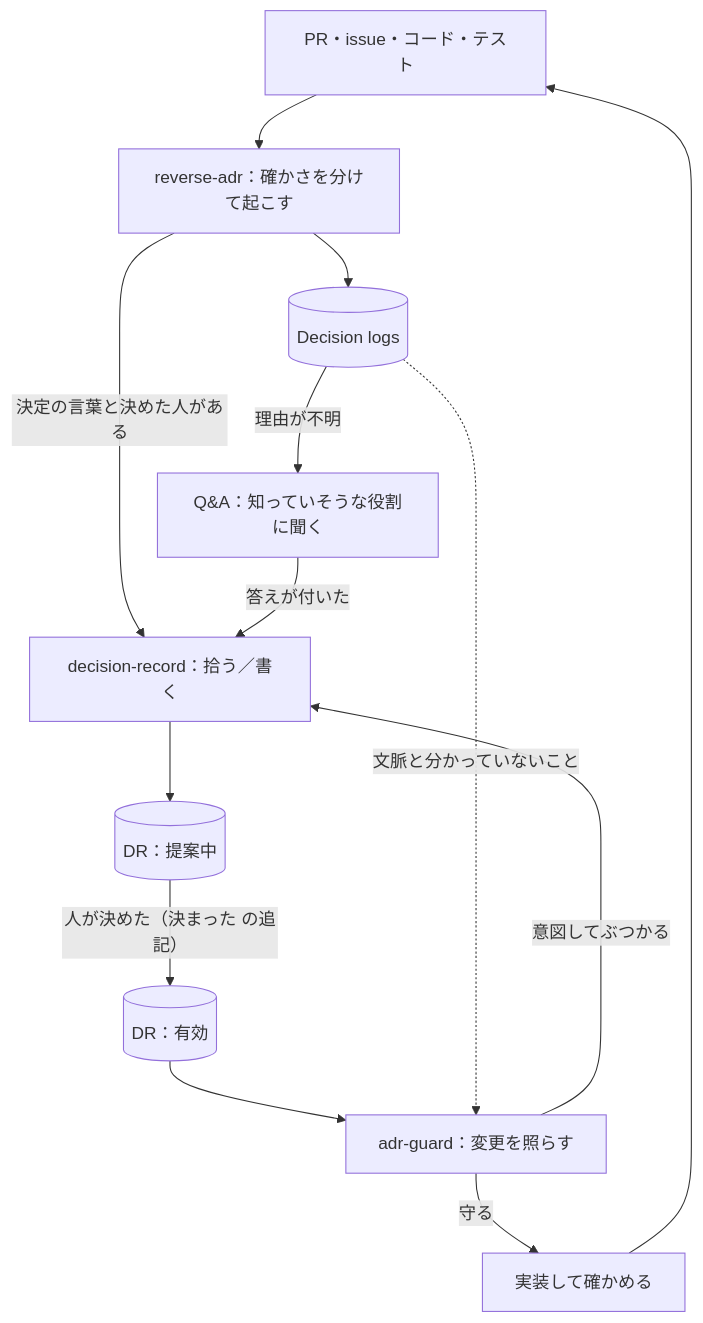
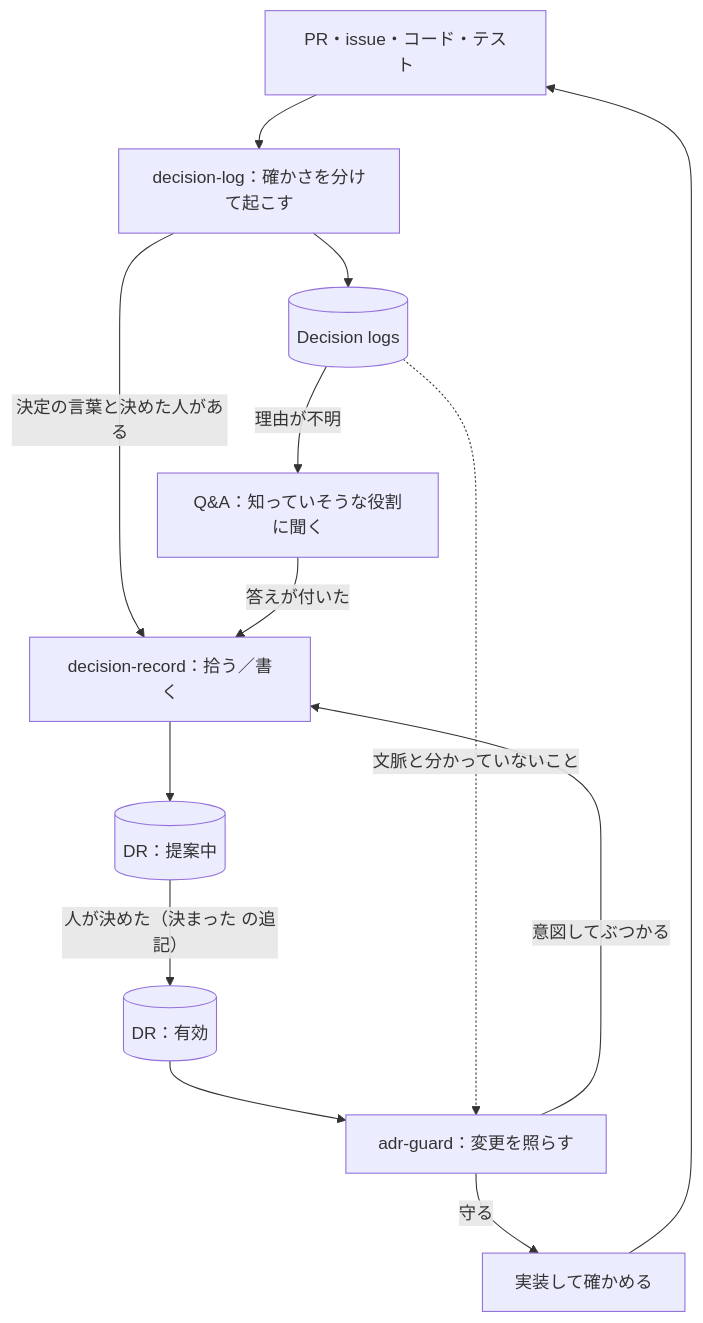
The diagram in adr/guide.md (MichinaoShimizu/decision-continuity), drawn with Mermaid before and after one commit. The commit also changed other lines of this file and 11 other files, not shown here.

First line of the commit message:
Rename reverse-adr to decision-log (#25)

````diff
--- a/adr/guide.md
+++ b/adr/guide.md
@@ -19,15 +19,15 @@
 ```mermaid
 flowchart TD
-    S["PR・issue・コード・テスト"] --> R["reverse-adr：確かさを分けて起こす"]
+    S["PR・issue・コード・テスト"] --> R["decision-log：確かさを分けて起こす"]
     R --> L[("Decision logs")]
     R -- "決定の言葉と決めた人がある" --> P
     L -- "理由が不明" --> Q["Q&A：知っていそうな役割に聞く"]
     Q -- "答えが付いた" --> P["decision-record：拾う／書く"]
     P --> D[("DR：提案中")]
     D -- "人が決めた（決まった の追記）" --> A[("DR：有効")]
     A --> G["adr-guard：変更を照らす"]
     L -. "文脈と分かっていないこと" .-> G
     G -- "守る" --> I["実装して確かめる"]
     G -- "意図してぶつかる" --> P
     I --> S
 ```
````
